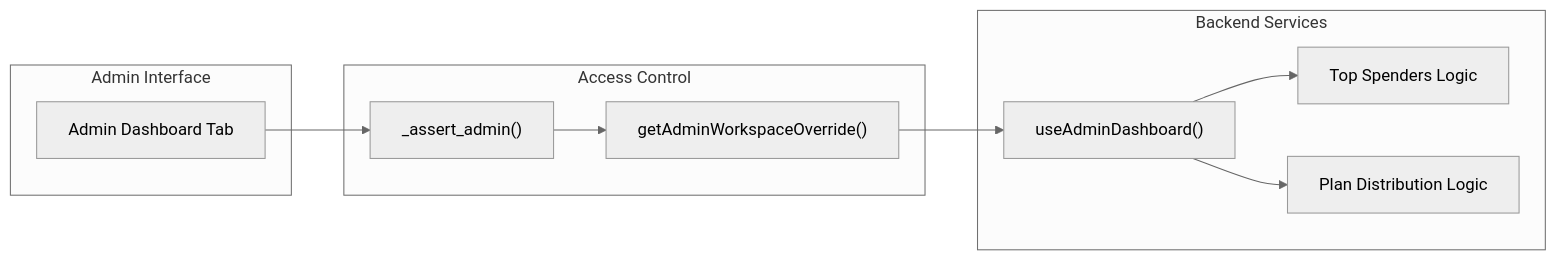
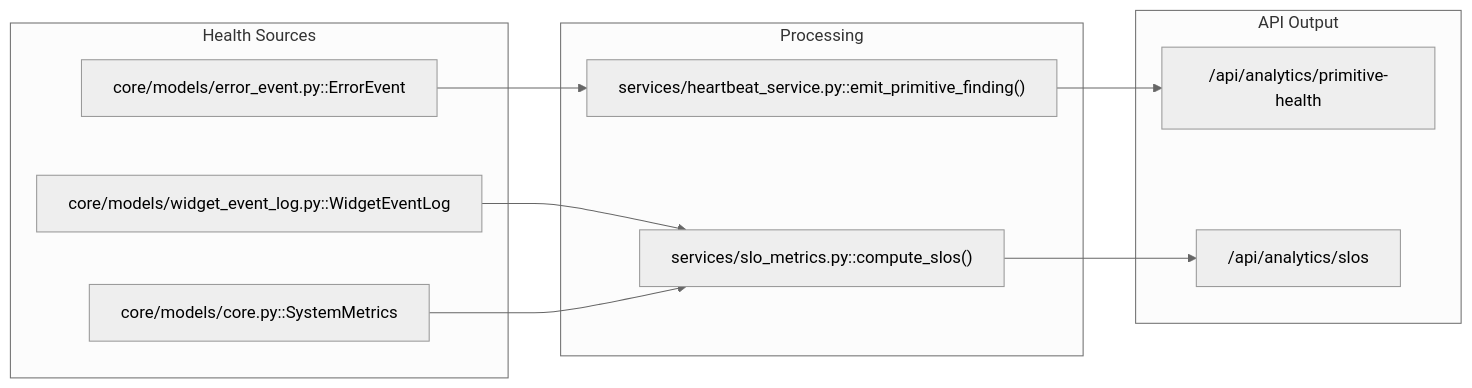
Before and after one commit to AutomatosAI/automatos-ai: the second of 2 diagrams in docs/analytics-monitoring/analytics-api-reference.md, drawn with Mermaid (neutral theme). The commit also changed other lines of this file and 191 other files, not shown here.

````diff
--- a/docs/analytics-monitoring/analytics-api-reference.md
+++ b/docs/analytics-monitoring/analytics-api-reference.md
@@ -145,23 +130,24 @@
 ```mermaid
 graph LR
-    subgraph "Admin Interface"
-        Dash["Admin Dashboard Tab"]
+    subgraph "Health Sources"
+        Log["core/models/widget_event_log.py::WidgetEventLog"]
+        Err["core/models/error_event.py::ErrorEvent"]
+        Metric["core/models/core.py::SystemMetrics"]
     end
 
-    subgraph "Access Control"
-        AdminCheck["_assert_admin()"]
-        WS_Scope["getAdminWorkspaceOverride()"]
+    subgraph "Processing"
+        Check["services/slo_metrics.py::compute_slos()"]
+        Finding["services/heartbeat_service.py::emit_primitive_finding()"]
     end
 
-    subgraph "Backend Services"
-        DashboardSvc["useAdminDashboard()"]
-        SpenderSvc["Top Spenders Logic"]
-        PlanDist["Plan Distribution Logic"]
+    subgraph "API Output"
+        Health["/api/analytics/primitive-health"]
+        SLO["/api/analytics/slos"]
     end
 
-    Dash --> AdminCheck
-    AdminCheck --> WS_Scope
-    WS_Scope --> DashboardSvc
-    DashboardSvc --> SpenderSvc
-    DashboardSvc --> PlanDist
+    Log --> Check
+    Err --> Finding
+    Metric --> Check
+    Check --> SLO
+    Finding --> Health
 ```
````
